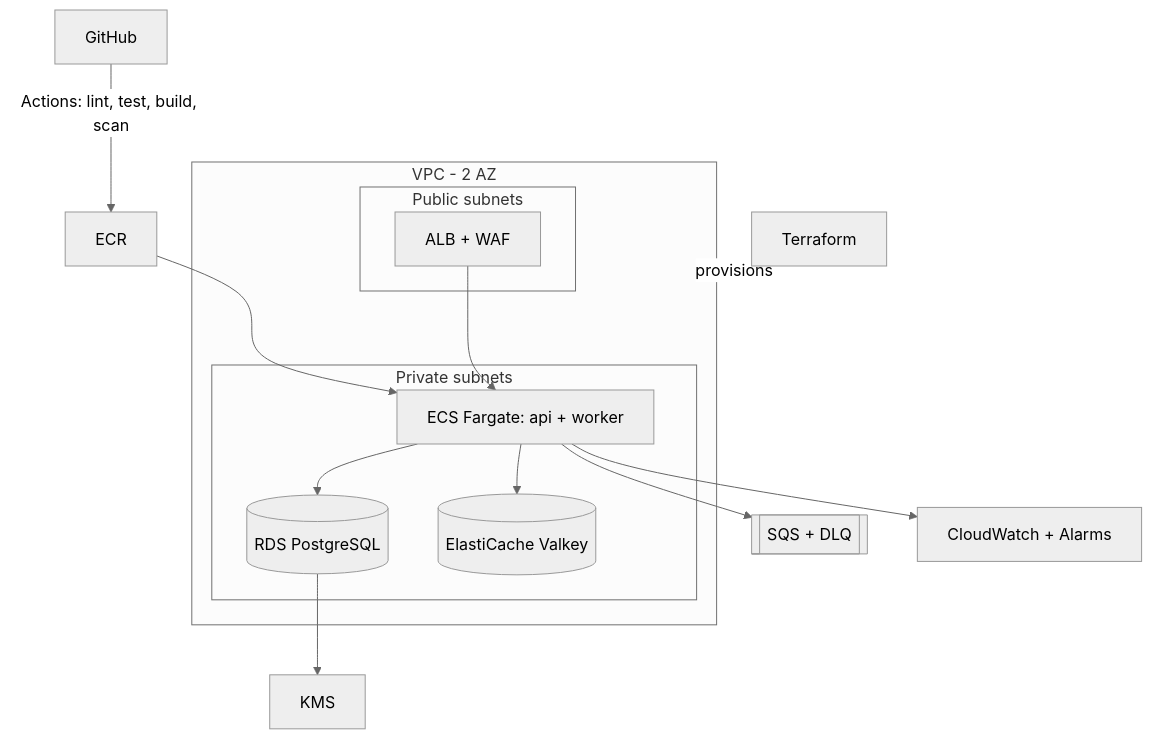
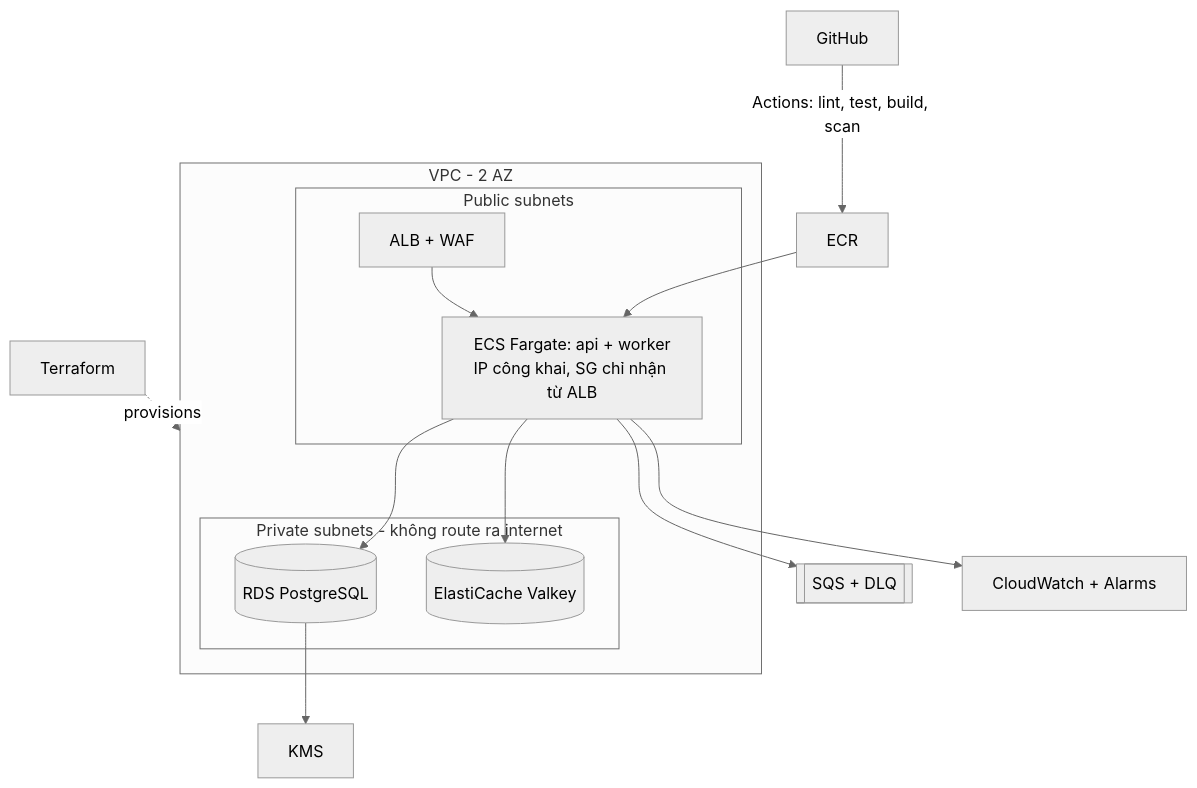
Before and after one commit to Lawliet119/digital-banking-simulator: diagram 13 of 14 in docs/03_HIGH_LEVEL_ARCHITECTURE.md, drawn with Mermaid (neutral theme). The commit also changed other lines of this file and 66 other files, not shown here.

````diff
--- a/docs/03_HIGH_LEVEL_ARCHITECTURE.md
+++ b/docs/03_HIGH_LEVEL_ARCHITECTURE.md
@@ -789,21 +789,21 @@
 ```mermaid
 flowchart TB
     Dev[GitHub] -->|Actions: lint, test, build, scan| ECR[ECR]
     ECR --> ECS
     TF[Terraform] -.provisions.-> VPC
     subgraph VPC[VPC - 2 AZ]
         subgraph Pub[Public subnets]
             ALB[ALB + WAF]
+            ECS[ECS Fargate: api + worker<br/>IP công khai, SG chỉ nhận từ ALB]
         end
-        subgraph Priv[Private subnets]
-            ECS[ECS Fargate: api + worker]
+        subgraph Priv[Private subnets - không route ra internet]
             RDS[(RDS PostgreSQL)]
             REDIS[(ElastiCache Valkey)]
         end
     end
     ALB --> ECS --> RDS
     ECS --> REDIS
     ECS --> SQS[[SQS + DLQ]]
     ECS --> CW[CloudWatch + Alarms]
     RDS --> KMS[KMS]
 ```
````
